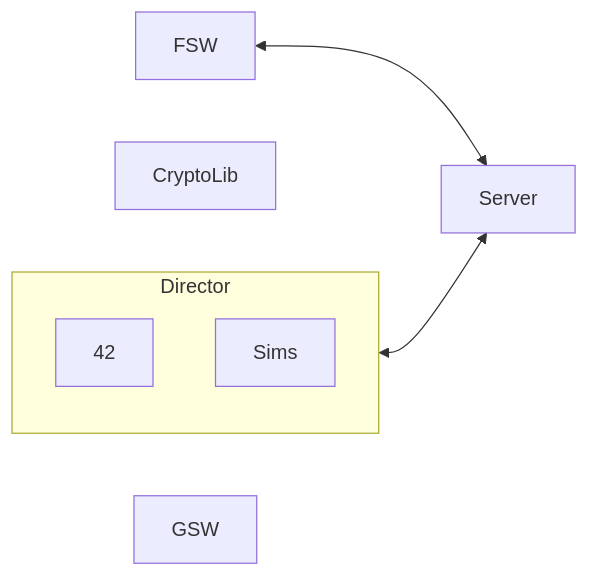
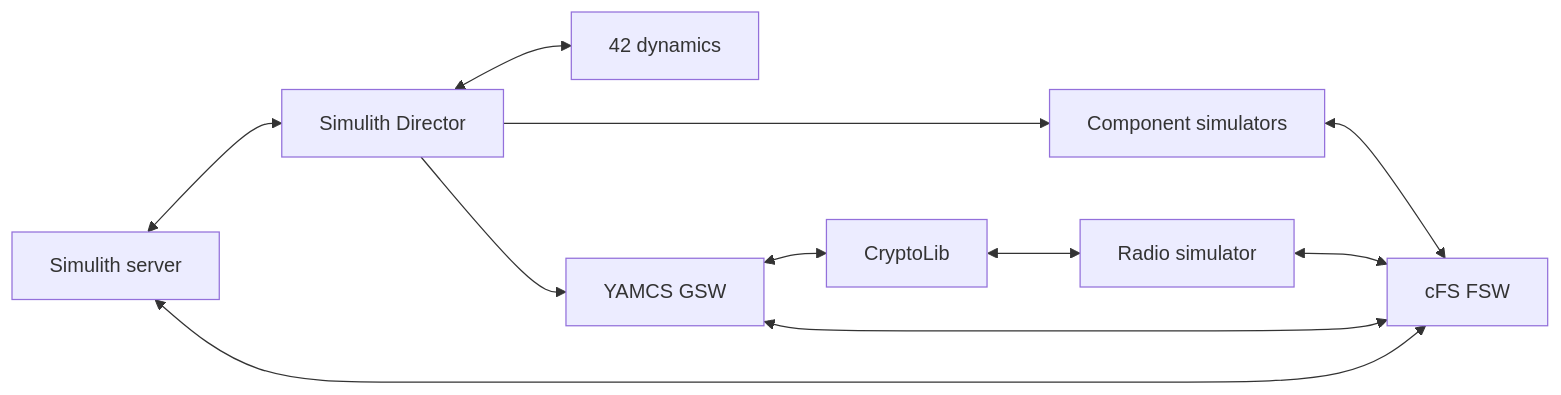
The diagram in atlas/docs/manual/core-concepts/architecture.md (VoyagerTechnologies-Public/shire), drawn with Mermaid before and after one commit. The commit also changed other lines of this file and 29 other files, not shown here.

````diff
--- a/atlas/docs/manual/core-concepts/architecture.md
+++ b/atlas/docs/manual/core-concepts/architecture.md
@@ -89,12 +22,22 @@
-``` mermaid
-graph LR
-    A[CryptoLib]
-    subgraph B[Director]
-        42
-        Sims
-    end
-    B[Director] <--> E
-    C[FSW] <--> E
-    D[GSW]
-    E[Server]
+```mermaid
+flowchart LR
+    GSW[YAMCS GSW]
+    CRYPTO[CryptoLib]
+    RADIO[Radio simulator]
+    FSW[cFS FSW]
+    SERVER[Simulith server]
+    DIRECTOR[Simulith Director]
+    DYNAMICS[42 dynamics]
+    COMPONENTS[Component simulators]
+
+    GSW <--> CRYPTO
+    CRYPTO <--> RADIO
+    RADIO <--> FSW
+    GSW <--> FSW
+    SERVER <--> DIRECTOR
+    SERVER <--> FSW
+    DIRECTOR <--> DYNAMICS
+    DIRECTOR --> COMPONENTS
+    COMPONENTS <--> FSW
+    DIRECTOR --> GSW
 ```
````
